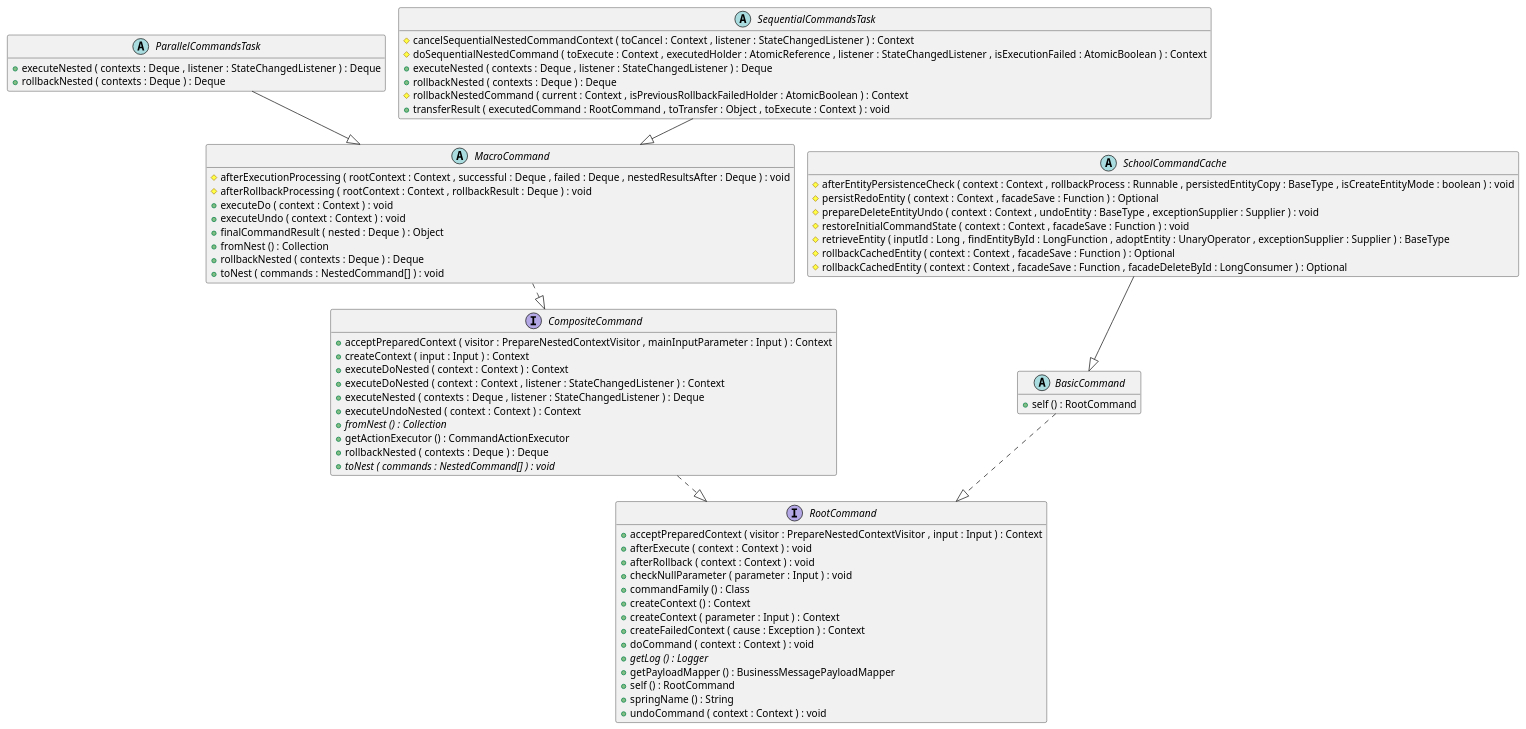
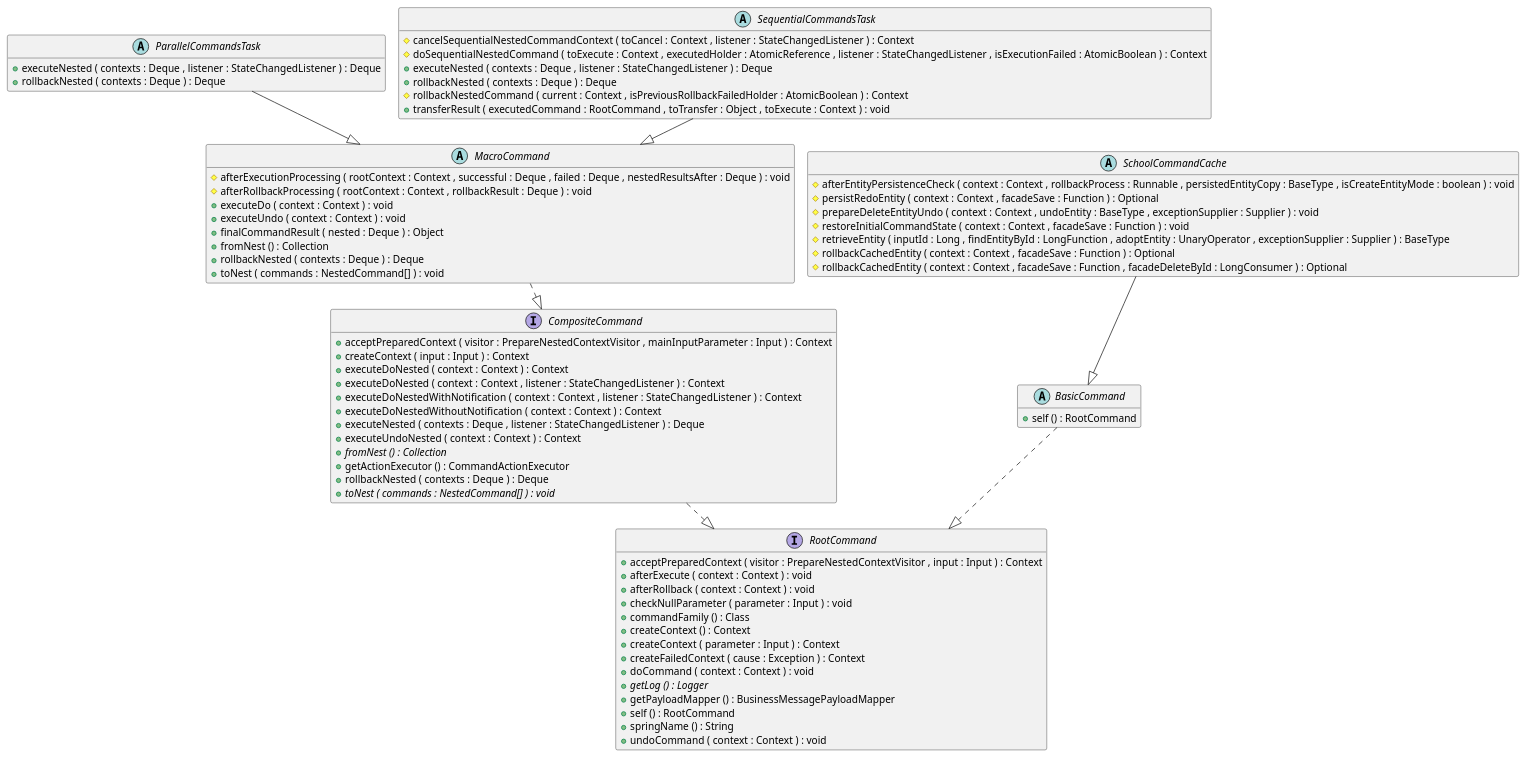
One commit to OlegSopilnyak/school-demo changed the diagram in business-logic/documentation/puml/class-diagrams/CoreCommandImplementationModel.puml. Above: the diagram before and after it, drawn with PlantUML. The commit also changed 69 other files, not shown here.

```diff
--- a/business-logic/documentation/puml/class-diagrams/CoreCommandImplementationModel.puml
+++ b/business-logic/documentation/puml/class-diagrams/CoreCommandImplementationModel.puml
@@ -3,99 +3,101 @@
 @startuml
 !pragma layout smetana
 
 abstract class BasicCommand {
 	{field} #applicationContext : BeanFactory
 	{field} -self : AtomicReference
 	{method} +self () : RootCommand
 }
 
 
 interface CompositeCommand {
 	{method} +acceptPreparedContext ( visitor : PrepareNestedContextVisitor , mainInputParameter : Input ) : Context
 	{method} +createContext ( input : Input ) : Context
 	{method} +executeDoNested ( context : Context ) : Context
 	{method} +executeDoNested ( context : Context , listener : StateChangedListener ) : Context
+	{method} +executeDoNestedWithNotification ( context : Context , listener : StateChangedListener ) : Context
+	{method} +executeDoNestedWithoutNotification ( context : Context ) : Context
 	{method} +executeNested ( contexts : Deque , listener : StateChangedListener ) : Deque
 	{method} +executeUndoNested ( context : Context ) : Context
 	{method}  {abstract} +fromNest () : Collection
 	{method} +getActionExecutor () : CommandActionExecutor
 	{method} +rollbackNested ( contexts : Deque ) : Deque
 	{method}  {abstract} +toNest ( commands : NestedCommand[] ) : void
 }
 
 
 abstract class MacroCommand {
 	{field} -actionExecutor : CommandActionExecutor
 	{field} -netsedCommandsList : List
 	{method} #afterExecutionProcessing ( rootContext : Context , successful : Deque , failed : Deque , nestedResultsAfter : Deque ) : void
 	{method} #afterRollbackProcessing ( rootContext : Context , rollbackResult : Deque ) : void
 	{method} +executeDo ( context : Context ) : void
 	{method} +executeUndo ( context : Context ) : void
 	{method} +finalCommandResult ( nested : Deque ) : Object
 	{method} +fromNest () : Collection
 	{method} +rollbackNested ( contexts : Deque ) : Deque
 	{method} +toNest ( commands : NestedCommand[] ) : void
 }
 
 
 abstract class ParallelCommandsTask {
 	{field} {static} +EXECUTOR_BEAN_NAME : String
 	{field} #executor : Executor
 	{method} +executeNested ( contexts : Deque , listener : StateChangedListener ) : Deque
 	{method} +rollbackNested ( contexts : Deque ) : Deque
 }
 
 
 interface RootCommand {
 	{method} +acceptPreparedContext ( visitor : PrepareNestedContextVisitor , input : Input ) : Context
 	{method} +afterExecute ( context : Context ) : void
 	{method} +afterRollback ( context : Context ) : void
 	{method} +checkNullParameter ( parameter : Input ) : void
 	{method} +commandFamily () : Class
 	{method} +createContext () : Context
 	{method} +createContext ( parameter : Input ) : Context
 	{method} +createFailedContext ( cause : Exception ) : Context
 	{method} +doCommand ( context : Context ) : void
 	{method}  {abstract} +getLog () : Logger
 	{method} +getPayloadMapper () : BusinessMessagePayloadMapper
 	{method} +self () : RootCommand
 	{method} +springName () : String
 	{method} +undoCommand ( context : Context ) : void
 }
 
 
 abstract class SchoolCommandCache {
 	{field} -entityName : String
 	{field} -entityType : Class
 	{method} #afterEntityPersistenceCheck ( context : Context , rollbackProcess : Runnable , persistedEntityCopy : BaseType , isCreateEntityMode : boolean ) : void
 	{method} #persistRedoEntity ( context : Context , facadeSave : Function ) : Optional
 	{method} #prepareDeleteEntityUndo ( context : Context , undoEntity : BaseType , exceptionSupplier : Supplier ) : void
 	{method} #restoreInitialCommandState ( context : Context , facadeSave : Function ) : void
 	{method} #retrieveEntity ( inputId : Long , findEntityById : LongFunction , adoptEntity : UnaryOperator , exceptionSupplier : Supplier ) : BaseType
 	{method} #rollbackCachedEntity ( context : Context , facadeSave : Function ) : Optional
 	{method} #rollbackCachedEntity ( context : Context , facadeSave : Function , facadeDeleteById : LongConsumer ) : Optional
 }
 
 
 abstract class SequentialCommandsTask {
 	{method} #cancelSequentialNestedCommandContext ( toCancel : Context , listener : StateChangedListener ) : Context
 	{method} #doSequentialNestedCommand ( toExecute : Context , executedHolder : AtomicReference , listener : StateChangedListener , isExecutionFailed : AtomicBoolean ) : Context
 	{method} +executeNested ( contexts : Deque , listener : StateChangedListener ) : Deque
 	{method} +rollbackNested ( contexts : Deque ) : Deque
 	{method} #rollbackNestedCommand ( current : Context , isPreviousRollbackFailedHolder : AtomicBoolean ) : Context
 	{method} +transferResult ( executedCommand : RootCommand , toTransfer : Object , toExecute : Context ) : void
 }
 
 
 
 
 BasicCommand ..|>  RootCommand
 CompositeCommand ..|>  RootCommand
 MacroCommand ..|>  CompositeCommand
 ParallelCommandsTask --|>  MacroCommand
 SchoolCommandCache --|>  BasicCommand
 SequentialCommandsTask --|>  MacroCommand
 
 hide fields
 
 @enduml
```
